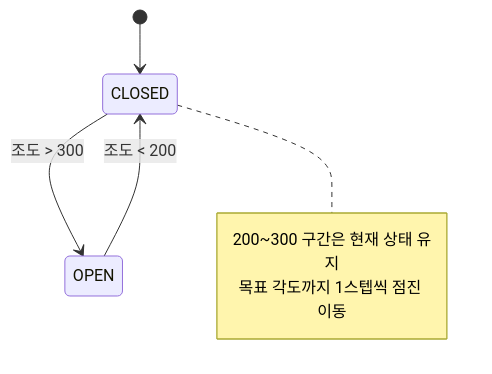
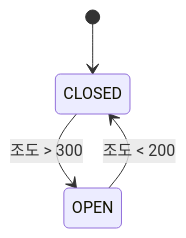
Before and after one commit to dlgus0630/Project01_SmartHome: the third of 5 diagrams in README.md, drawn with Mermaid. The commit also changed other lines of this file, not shown here.

````diff
--- a/README.md
+++ b/README.md
@@ -192,10 +192,6 @@
 ```mermaid
 stateDiagram-v2
     [*] --> CLOSED
     CLOSED --> OPEN : 조도 > 300
     OPEN --> CLOSED : 조도 < 200
-    note right of CLOSED
-        200~300 구간은 현재 상태 유지
-        목표 각도까지 1스텝씩 점진 이동
-    end note
 ```
````
